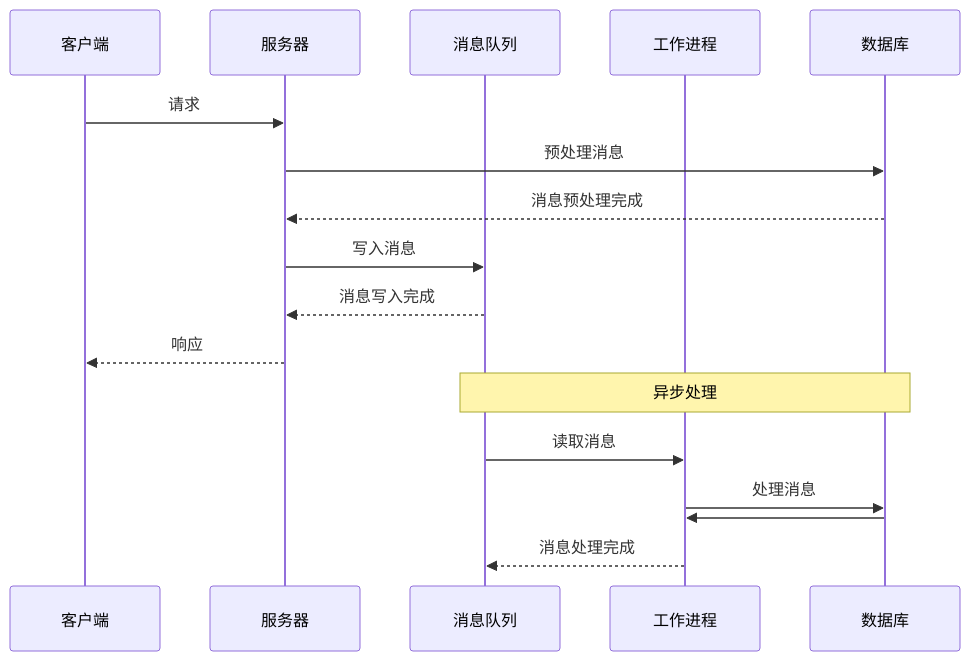
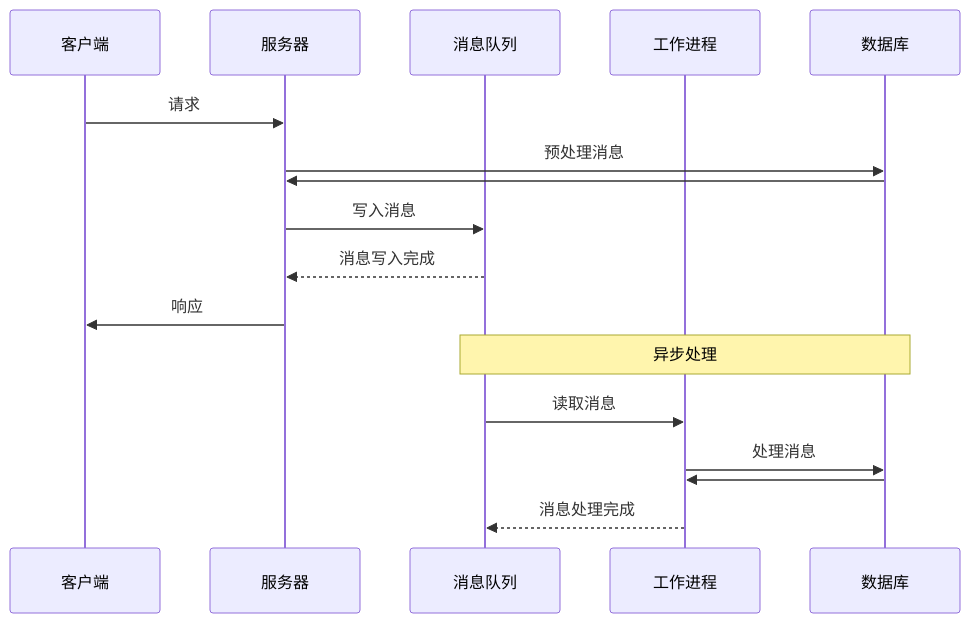
The fifth of 5 diagrams in docs/应用开发/API.md (Juemuren/DevNotes), drawn with Mermaid before and after one commit. The commit also changed other lines of this file and 8 other files, not shown here.

````diff
--- a/docs/应用开发/API.md
+++ b/docs/应用开发/API.md
@@ -176,23 +176,23 @@
 ```mermaid
 sequenceDiagram
   
   participant C as 客户端
   participant S as 服务器
   participant MQ as 消息队列
   participant W as 工作进程
   participant D as 数据库
   
   C ->> S: 请求
   S ->> D: 预处理消息
-  D -->> S: 消息预处理完成
+  D ->> S:
   S ->> MQ: 写入消息
   MQ -->> S: 消息写入完成
-  S -->> C: 响应
+  S ->> C: 响应
   
   Note over MQ, D: 异步处理
   
   MQ ->> W: 读取消息
   W ->> D: 处理消息
   D ->> W:
   W -->> MQ: 消息处理完成
 ```
````
